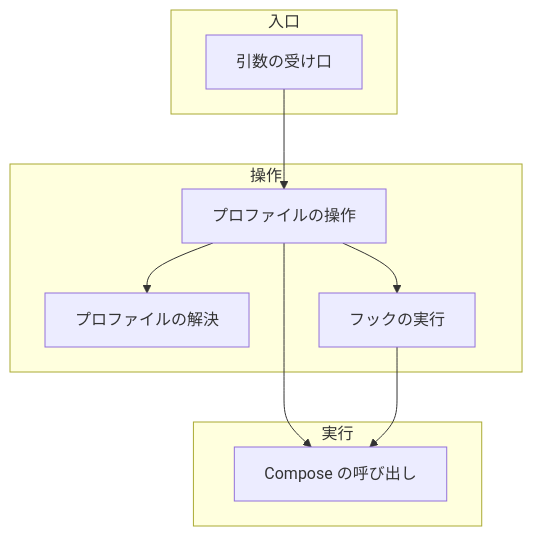
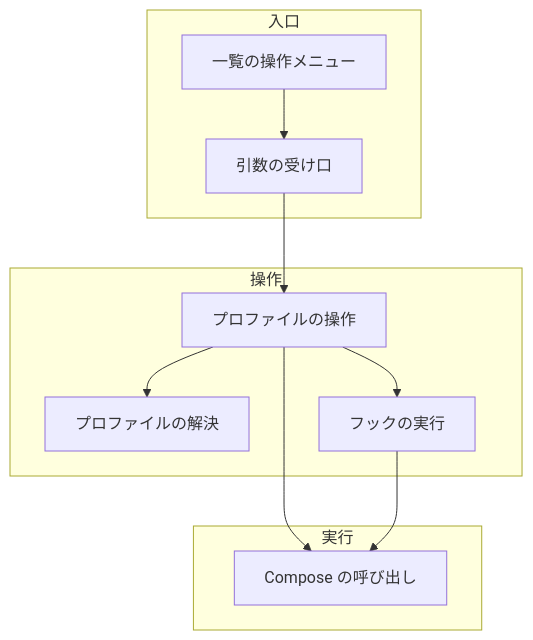
One commit to devbasex/devbase changed the first of 6 diagrams in issues/PLAN58_compose-profiles-design.md. Above: the diagram before and after it, drawn with Mermaid. The commit also changed other lines of this file and 2 other files, not shown here.

````diff
--- a/issues/PLAN58_compose-profiles-design.md
+++ b/issues/PLAN58_compose-profiles-design.md
@@ -25,19 +27,21 @@
 ```mermaid
 graph TD
     subgraph 入口
         CLI[引数の受け口]
+        TUI[一覧の操作メニュー]
     end
     subgraph 操作
         OP[プロファイルの操作]
         RS[プロファイルの解決]
         HK[フックの実行]
     end
     subgraph 実行
         DC[Compose の呼び出し]
     end
     CLI --> OP
+    TUI --> CLI
     OP --> RS
     OP --> DC
     OP --> HK
     HK --> DC
 ```
````
